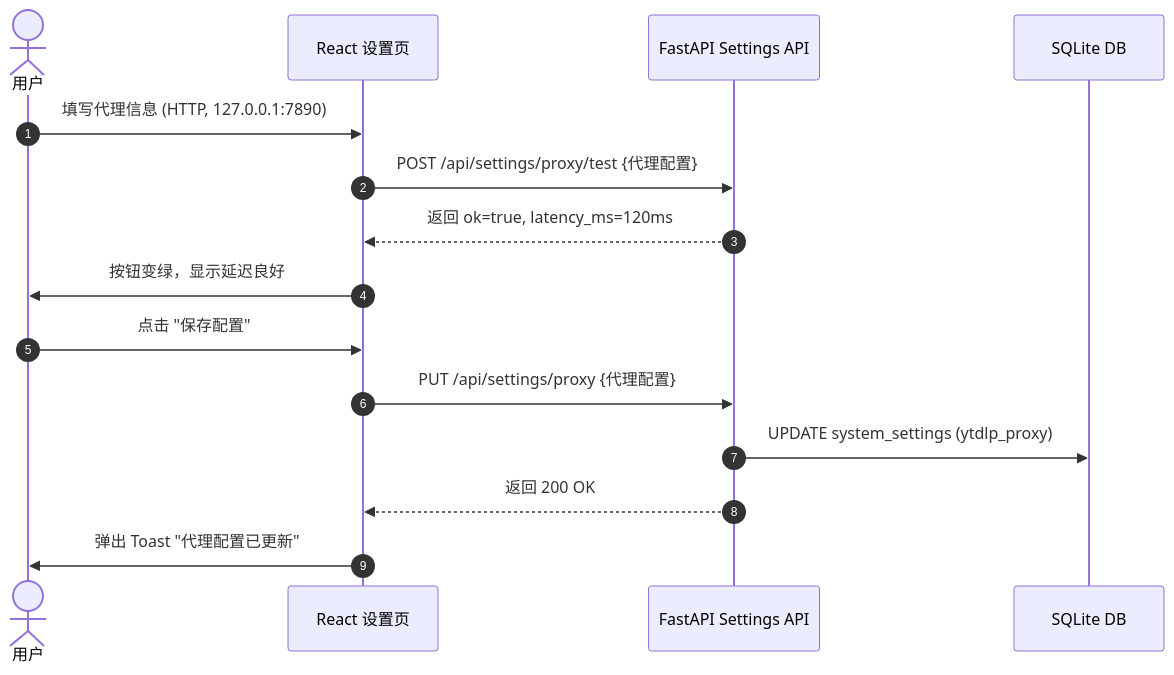
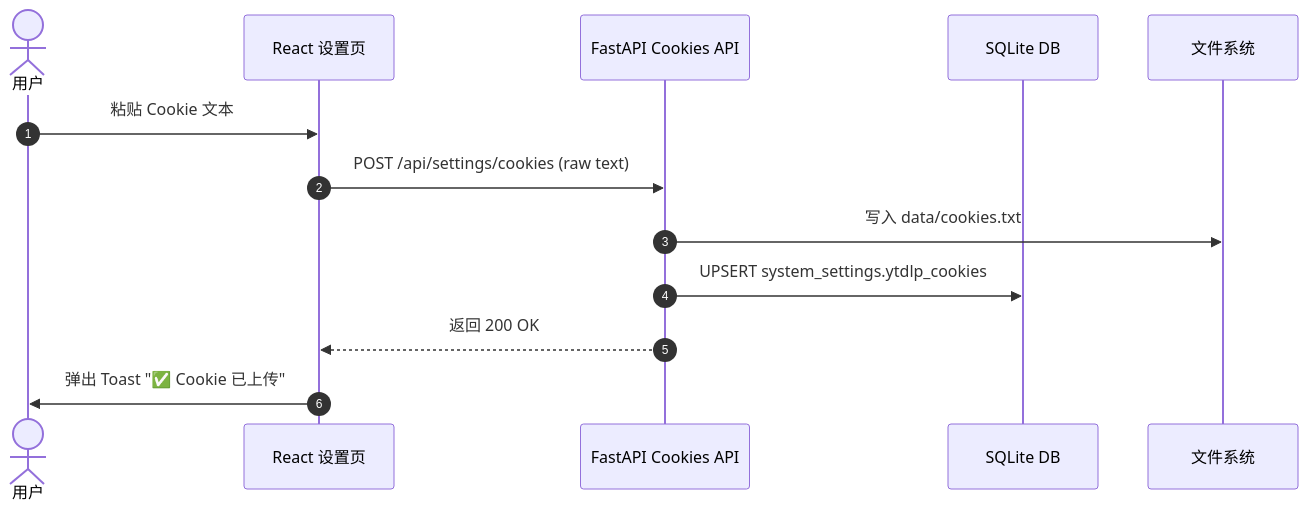
The diagram in docs/design/05-settings-and-config.md (zx2015/tubehub), drawn with Mermaid before and after one commit. The commit also changed other lines of this file and 8 other files, not shown here.

Commit message:
docs: sync v2.0.0 architecture (self-healing entrypoint + .env unified proxy)

````diff
--- a/docs/design/05-settings-and-config.md
+++ b/docs/design/05-settings-and-config.md
@@ -141,18 +114,16 @@
 ```mermaid
 sequenceDiagram
     autonumber
     actor User as 用户
     participant FE as React 设置页
-    participant BE as FastAPI Settings API
+    participant BE as FastAPI Cookies API
     participant DB as SQLite DB
+    participant FS as 文件系统
 
-    User->>FE: 填写代理信息 (HTTP, 127.0.0.1:7890)
-    FE->>BE: POST /api/settings/proxy/test {代理配置}
-    BE-->>FE: 返回 ok=true, latency_ms=120ms
-    FE->>User: 按钮变绿，显示延迟良好
-    User->>FE: 点击 "保存配置"
-    FE->>BE: PUT /api/settings/proxy {代理配置}
-    BE->>DB: UPDATE system_settings (ytdlp_proxy)
+    User->>FE: 粘贴 Cookie 文本
+    FE->>BE: POST /api/settings/cookies (raw text)
+    BE->>FS: 写入 data/cookies.txt
+    BE->>DB: UPSERT system_settings.ytdlp_cookies
     BE-->>FE: 返回 200 OK
-    FE->>User: 弹出 Toast "代理配置已更新"
+    FE->>User: 弹出 Toast "✅ Cookie 已上传"
 ```
````
